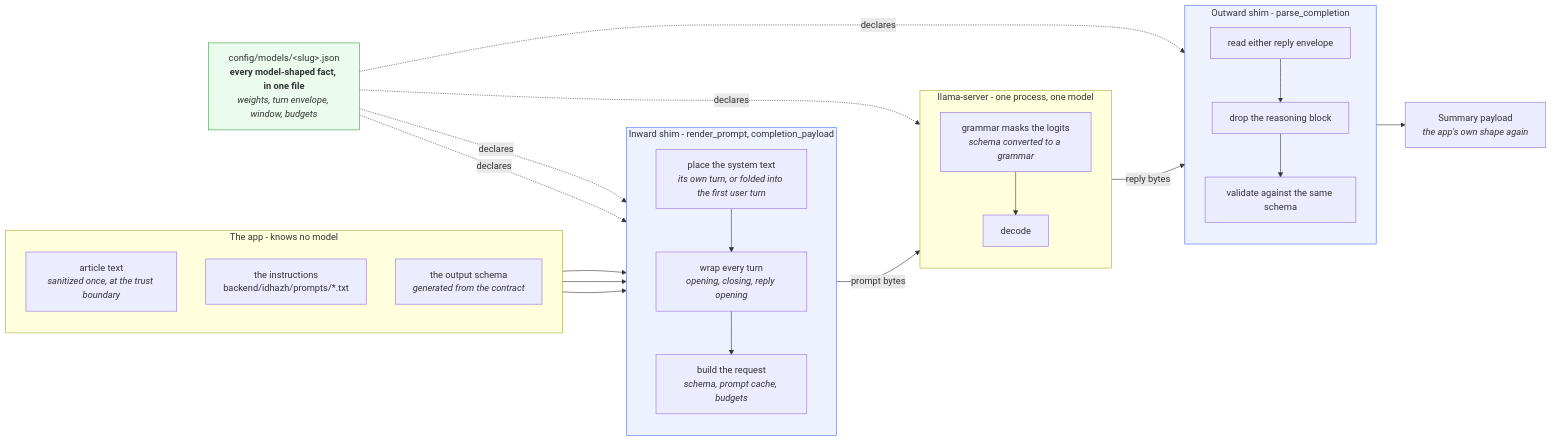
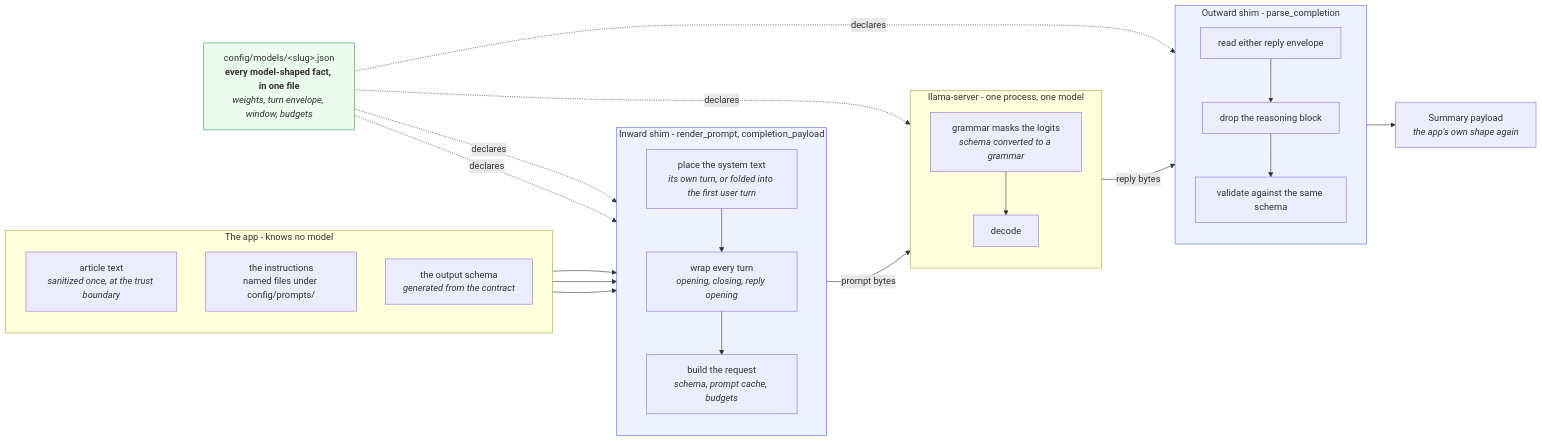
The diagram in docs/architecture/summarize/model-boundary.md (miztiik/yen-idhazh), drawn with Mermaid before and after one commit. The commit also changed other lines of this file and 17 other files, not shown here.

````diff
--- a/docs/architecture/summarize/model-boundary.md
+++ b/docs/architecture/summarize/model-boundary.md
@@ -17,51 +17,51 @@
 ```mermaid
 flowchart LR
   subgraph app_in["The app - knows no model"]
     direction TB
     A1["article text<br/><i>sanitized once, at the trust boundary</i>"]
-    A2["the instructions<br/>backend/idhazh/prompts/*.txt"]
+    A2["the instructions<br/>named files under config/prompts/"]
     A3["the output schema<br/><i>generated from the contract</i>"]
   end
 
   subgraph shim_in["Inward shim - render_prompt, completion_payload"]
     direction TB
     S1["place the system text<br/><i>its own turn, or folded into the first user turn</i>"]
     S2["wrap every turn<br/><i>opening, closing, reply opening</i>"]
     S3["build the request<br/><i>schema, prompt cache, budgets</i>"]
     S1 --> S2 --> S3
   end
 
   subgraph engine["llama-server - one process, one model"]
     direction TB
     M1["grammar masks the logits<br/><i>schema converted to a grammar</i>"]
     M2["decode"]
     M1 --> M2
   end
 
   subgraph shim_out["Outward shim - parse_completion"]
     direction TB
     O1["read either reply envelope"]
     O2["drop the reasoning block"]
     O3["validate against the same schema"]
     O1 --> O2 --> O3
   end
 
   OUT["Summary payload<br/><i>the app's own shape again</i>"]
 
   A1 --> S1
   A2 --> S1
   A3 --> S3
   S3 -->|"prompt bytes"| M1
   M2 -->|"reply bytes"| O1
   O3 --> OUT
 
   ENTRY["config/models/&lt;slug&gt;.json<br/><b>every model-shaped fact, in one file</b><br/><i>weights, turn envelope, window, budgets</i>"]
   ENTRY -.->|declares| S1
   ENTRY -.->|declares| S2
   ENTRY -.->|declares| M1
   ENTRY -.->|declares| O2
 
   style shim_in fill:#eef2ff,stroke:#4c6ef5
   style shim_out fill:#eef2ff,stroke:#4c6ef5
   style ENTRY fill:#ebfbee,stroke:#2f9e44
 ```
````
